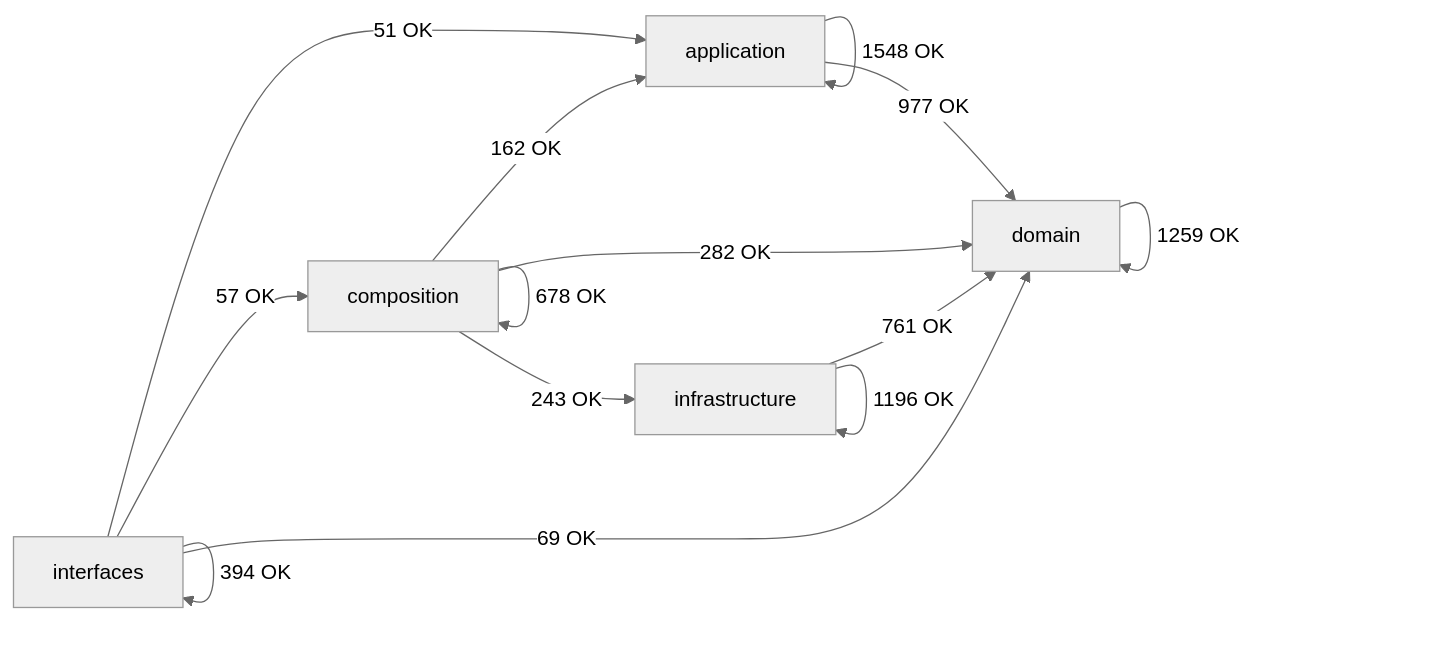
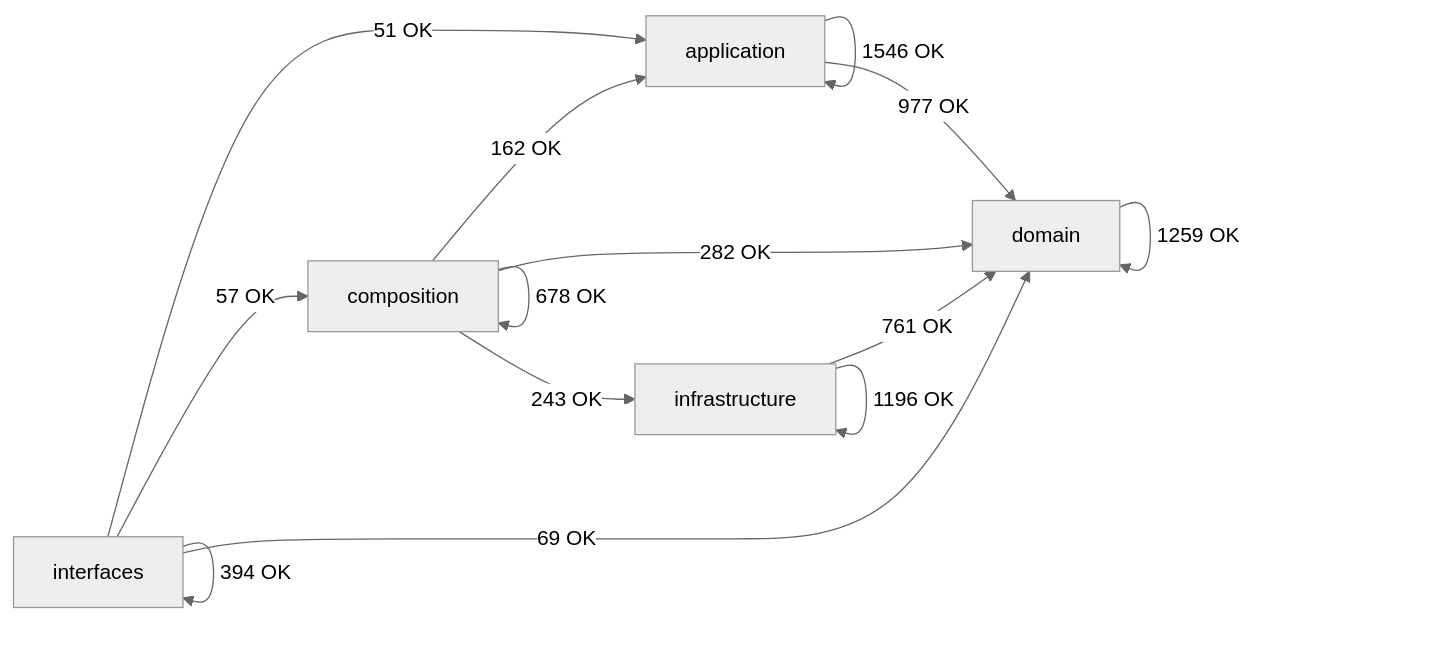
Before and after one commit to SatoryKono/BioactivityDataAcquisition: the diagram in docs/02-architecture/generated/module-dependency-map.md, drawn with Mermaid (neutral theme). The commit also changed other lines of this file and 17 other files, not shown here.

````diff
--- a/docs/02-architecture/generated/module-dependency-map.md
+++ b/docs/02-architecture/generated/module-dependency-map.md
@@ -17,21 +17,21 @@
 ```mermaid
 flowchart LR
     domain[domain]
     application[application]
     infrastructure[infrastructure]
     composition[composition]
     interfaces[interfaces]
-    application -->|1548 OK| application
+    application -->|1546 OK| application
     application -->|977 OK| domain
     composition -->|162 OK| application
     composition -->|678 OK| composition
     composition -->|282 OK| domain
     composition -->|243 OK| infrastructure
     domain -->|1259 OK| domain
     infrastructure -->|761 OK| domain
     infrastructure -->|1196 OK| infrastructure
     interfaces -->|51 OK| application
     interfaces -->|57 OK| composition
     interfaces -->|69 OK| domain
     interfaces -->|394 OK| interfaces
 ```
````
